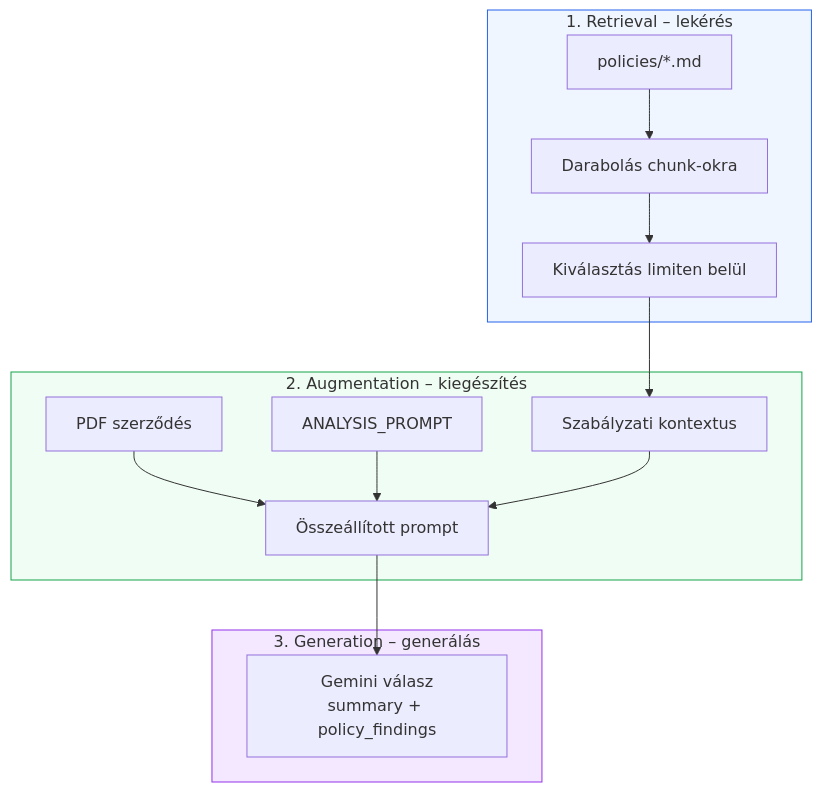
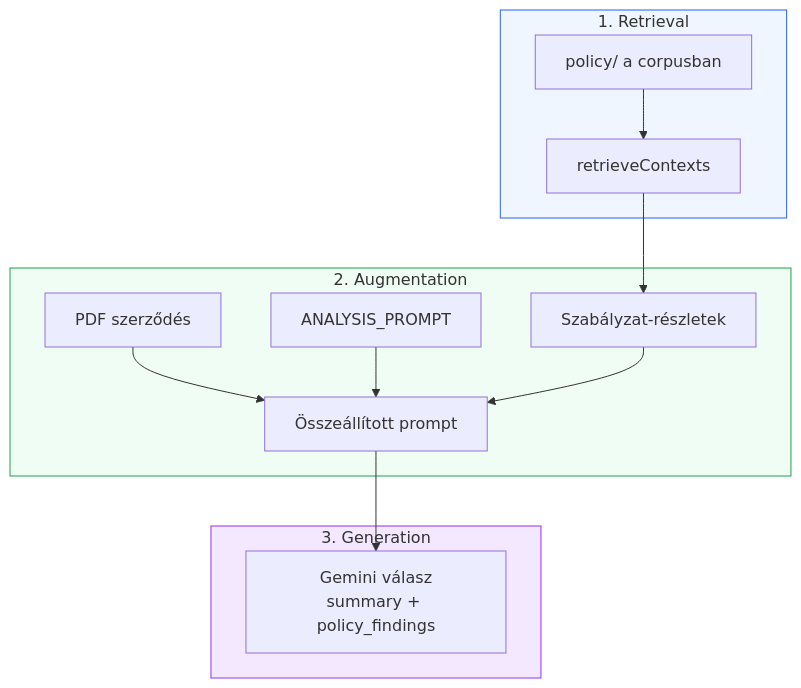
One commit to cloudsteak/trn-gcp-ai-contract-analyzer changed the sixth of 6 diagrams in README.md. Above: the diagram before and after it, drawn with Mermaid. The commit also changed other lines of this file and 17 other files, not shown here.

````diff
--- a/README.md
+++ b/README.md
@@ -888,29 +870,28 @@
 ```mermaid
 flowchart TB
-    subgraph R["1. Retrieval – lekérés"]
-        F1["policies/*.md"]
-        F2["Darabolás chunk-okra"]
-        F3["Kiválasztás limiten belül"]
-        F1 --> F2 --> F3
+    subgraph R["1. Retrieval"]
+        F1["policy/ a corpusban"]
+        F2["retrieveContexts"]
+        F1 --> F2
     end
 
-    subgraph A["2. Augmentation – kiegészítés"]
+    subgraph A["2. Augmentation"]
         P1["PDF szerződés"]
         P2["ANALYSIS_PROMPT"]
-        P3["Szabályzati kontextus"]
+        P3["Szabályzat-részletek"]
         P1 --> PROMPT["Összeállított prompt"]
         P2 --> PROMPT
         P3 --> PROMPT
     end
 
-    subgraph G["3. Generation – generálás"]
+    subgraph G["3. Generation"]
         GEM["Gemini válasz<br/>summary + policy_findings"]
     end
 
-    F3 --> P3
+    F2 --> P3
     PROMPT --> GEM
 
     style R fill:#EFF6FF,stroke:#2563EB
     style A fill:#F0FDF4,stroke:#16A34A
     style G fill:#F3E8FF,stroke:#9333EA
 ```
````
